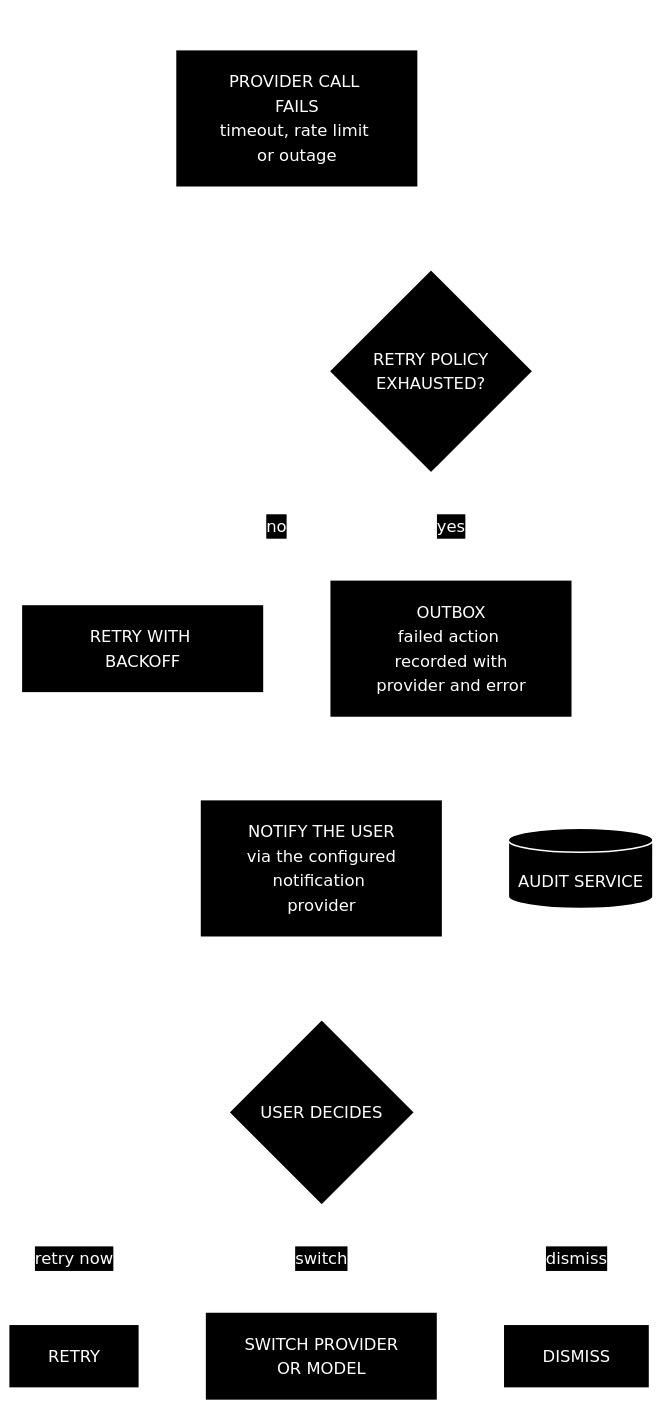
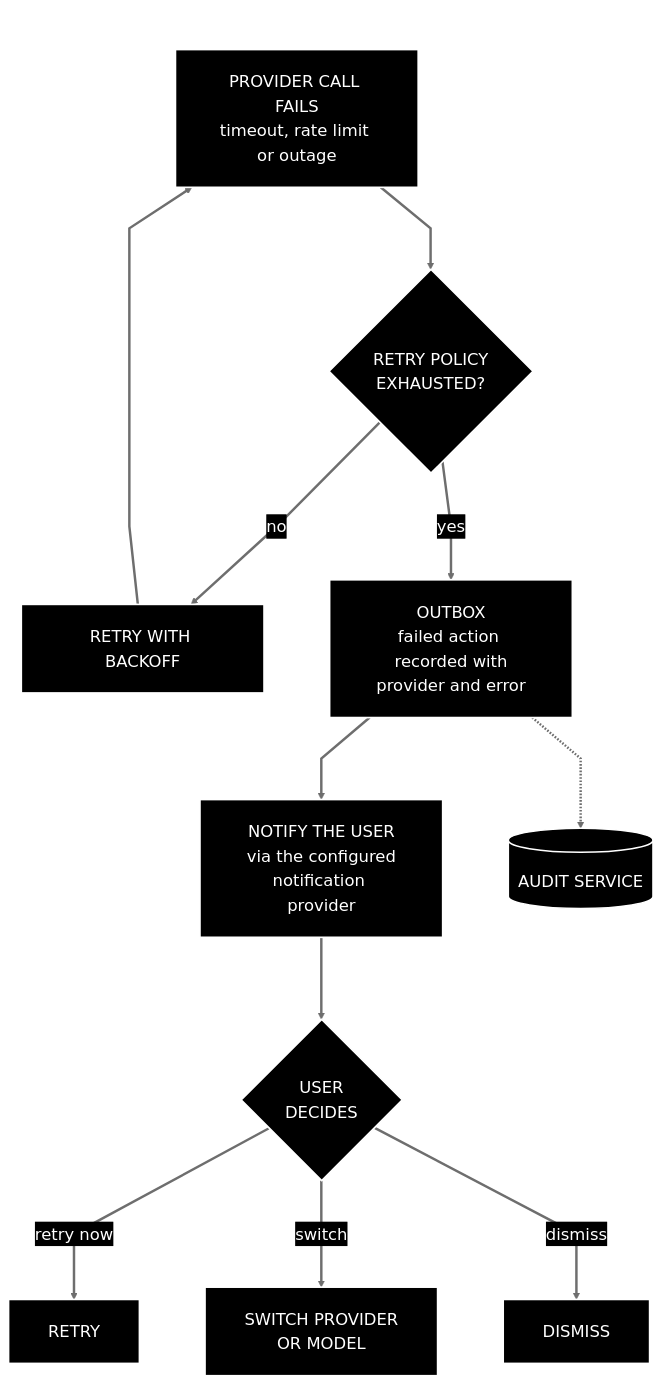
Before and after one commit to JamesTwisleton/capture-knowledge-action: the fourth of 4 diagrams in README.md, drawn with Mermaid. The commit also changed other lines of this file and 4 other files, not shown here.

Commit message:
fixing diagrams

````diff
--- a/README.md
+++ b/README.md
@@ -215,19 +215,19 @@
 ```mermaid
 ---
 title: J6 failure handling
 ---
-%%{init: {"theme":"base","themeVariables":{"background":"#000000","fontSize":"20px","fontFamily":"Helvetica, Arial, sans-serif","primaryColor":"#000000","primaryTextColor":"#ffffff","primaryBorderColor":"#ffffff","secondaryColor":"#000000","secondaryTextColor":"#ffffff","secondaryBorderColor":"#ffffff","tertiaryColor":"#000000","tertiaryTextColor":"#ffffff","tertiaryBorderColor":"#ffffff","lineColor":"#ffffff","textColor":"#ffffff","mainBkg":"#000000","nodeBorder":"#ffffff","nodeTextColor":"#ffffff","clusterBkg":"#000000","clusterBorder":"#ffffff","titleColor":"#ffffff","edgeLabelBackground":"#000000"},"flowchart":{"nodeSpacing":80,"rankSpacing":100,"padding":24,"curve":"linear"}}}%%
+%%{init: {"theme":"base","themeVariables":{"background":"#000000","fontSize":"20px","primaryColor":"#000000","primaryTextColor":"#ffffff","primaryBorderColor":"#ffffff","secondaryColor":"#000000","secondaryTextColor":"#ffffff","secondaryBorderColor":"#ffffff","tertiaryColor":"#000000","tertiaryTextColor":"#ffffff","tertiaryBorderColor":"#ffffff","lineColor":"#6e6e6e","textColor":"#ffffff","mainBkg":"#000000","nodeBorder":"#ffffff","nodeTextColor":"#ffffff","clusterBkg":"#000000","clusterBorder":"#ffffff","titleColor":"#6e6e6e","edgeLabelBackground":"#000000"},"flowchart":{"nodeSpacing":80,"rankSpacing":100,"padding":24,"curve":"linear"},"themeCSS":"svg{background:#000000 !important;}"}}%%
 flowchart TB
   A["PROVIDER CALL FAILS<br/>timeout, rate limit or outage"] ==> R{"RETRY POLICY<br/>EXHAUSTED?"}
   R ==>|"no"| B["RETRY WITH BACKOFF"]
   B ==> A
   R ==>|"yes"| O["OUTBOX<br/>failed action recorded with<br/>provider and error"]
   O ==> N["NOTIFY THE USER<br/>via the configured<br/>notification provider"]
-  N ==> U{"USER DECIDES"}
+  N ==> U{"USER<br/>DECIDES"}
   U ==>|"retry now"| U1["RETRY"]
   U ==>|"switch"| U2["SWITCH PROVIDER<br/>OR MODEL"]
   U ==>|"dismiss"| U3["DISMISS"]
   O -.-> AUD[("AUDIT SERVICE")]
   classDef default fill:#000000,stroke:#ffffff,stroke-width:2px,color:#ffffff
-  linkStyle default stroke:#ffffff,stroke-width:3px
+  linkStyle default stroke:#6e6e6e,stroke-width:3px
 ```
````
